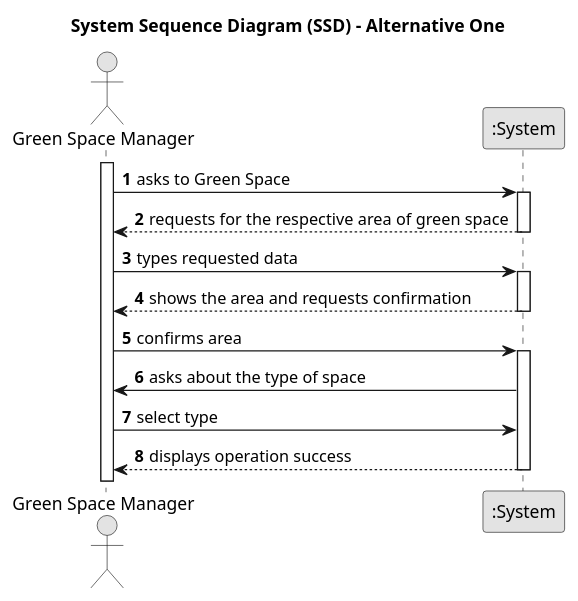
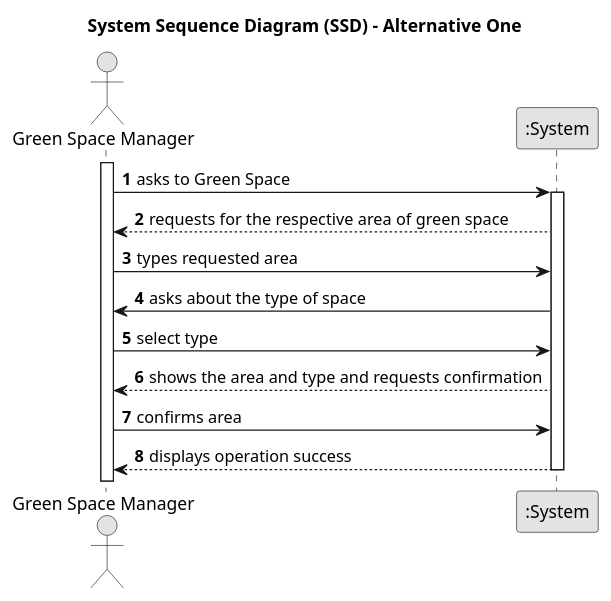
Before and after one commit to Departamento-de-Engenharia-Informatica/lei-24-s2-1dl-g121: the diagram in docs/sprintC/us020/01.requirements-engineering/puml/us020-system-sequence-diagram-alternative-one.puml, drawn with PlantUML. The commit also changed 3 other files, not shown here.

Commit message:
class diagram and sequence diagram us020

```diff
--- a/docs/sprintC/us020/01.requirements-engineering/puml/us020-system-sequence-diagram-alternative-one.puml
+++ b/docs/sprintC/us020/01.requirements-engineering/puml/us020-system-sequence-diagram-alternative-one.puml
@@ -1,39 +1,35 @@
 @startuml
 skinparam monochrome true
 skinparam packageStyle rectangle
 skinparam shadowing false
 
 title System Sequence Diagram (SSD) - Alternative One
 
 autonumber
 
 actor "Green Space Manager" as Employee
 participant ":System" as System
 
 activate Employee
 
     Employee -> System : asks to Green Space
     activate System
 
         System --> Employee : requests for the respective area of green space
-    deactivate System
-
-    Employee -> System : types requested data
-
-    activate System
-
-        System --> Employee : shows the area and requests confirmation
-    deactivate System
 
 
-    Employee -> System : confirms area
-    activate System
+    Employee -> System : types requested area
 
     System -> Employee : asks about the type of space
 
     Employee -> System : select type
 
+        System --> Employee : shows the area and type and requests confirmation
+
+    Employee -> System : confirms area
+
+
         System --> Employee : displays operation success
     deactivate System
 
 @enduml
```
